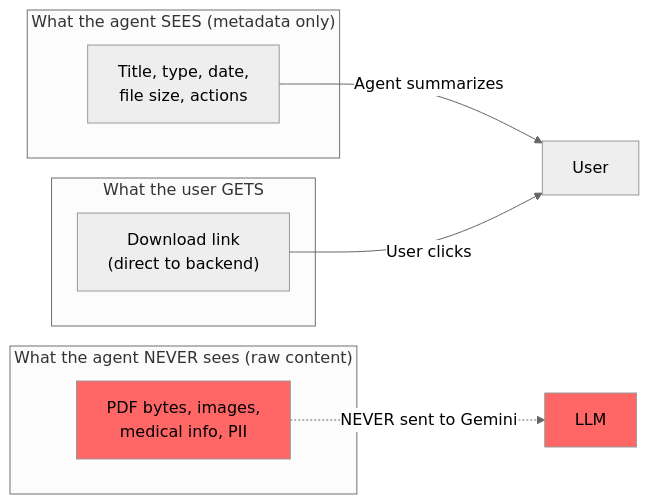
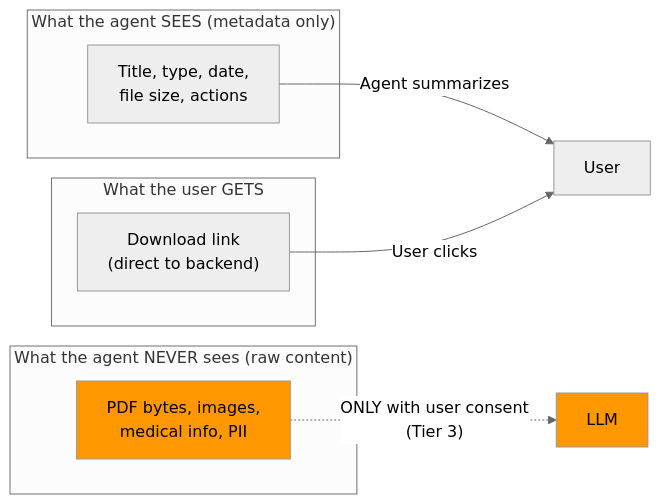
The third of 16 diagrams in PLAN.md (vinismoraes/hackathon-agent-documents), drawn with Mermaid (neutral theme) before and after one commit. The commit also changed other lines of this file, not shown here.

First line of the commit message:
Clarify privacy rule: Tier 3 is a consent-gated exception, not a contradiction

````diff
--- a/PLAN.md
+++ b/PLAN.md
@@ -145,21 +145,21 @@
 ```mermaid
 flowchart LR
     subgraph "What the agent SEES (metadata only)"
         META["Title, type, date,\nfile size, actions"]
     end
 
     subgraph "What the agent NEVER sees (raw content)"
         CONTENT["PDF bytes, images,\nmedical info, PII"]
     end
 
     subgraph "What the user GETS"
         LINK["Download link\n(direct to backend)"]
     end
 
     META -->|"Agent summarizes"| USER[User]
     LINK -->|"User clicks"| USER
-    CONTENT -.->|"NEVER sent to Gemini"| LLM[LLM]
+    CONTENT -.->|"ONLY with user consent\n(Tier 3)"| LLM[LLM]
 
-    style CONTENT fill:#ff6666,color:#000
-    style LLM fill:#ff6666,color:#000
+    style CONTENT fill:#ff9800,color:#000
+    style LLM fill:#ff9800,color:#000
 ```
````
